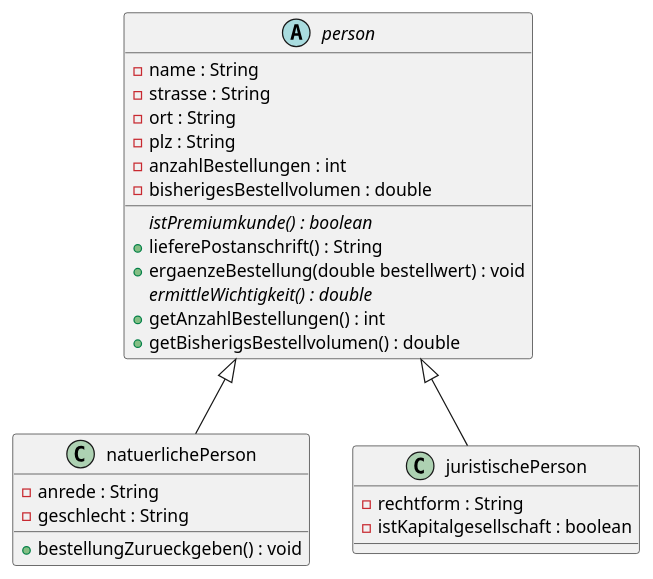
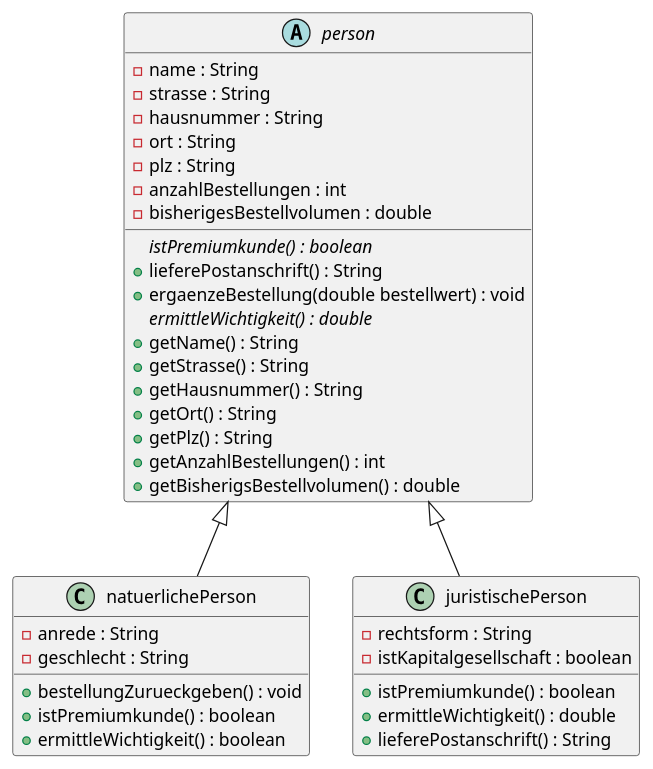
Before and after one commit to gvogelge/kundenverwaltung: the diagram in src/class_diagramm.puml, drawn with PlantUML.

Commit message:
class_diagramm_update

```diff
--- a/src/class_diagramm.puml
+++ b/src/class_diagramm.puml
@@ -1,29 +1,40 @@
 @startuml kundenverwaltungssystem
 
 abstract class person{
     - name : String
     - strasse : String
+    - hausnummer : String
     - ort : String
     - plz : String
     - anzahlBestellungen : int
     - bisherigesBestellvolumen : double
     {abstract} istPremiumkunde() : boolean
     + lieferePostanschrift() : String
     + ergaenzeBestellung(double bestellwert) : void
     {abstract} ermittleWichtigkeit() : double
+    + getName() : String
+    + getStrasse() : String
+    + getHausnummer() : String
+    + getOrt() : String
+    + getPlz() : String
     + getAnzahlBestellungen() : int
     + getBisherigsBestellvolumen() : double
 }
 
 class natuerlichePerson extends person{
     - anrede : String
     - geschlecht : String
     + bestellungZurueckgeben() : void
+    + istPremiumkunde() : boolean
+    + ermittleWichtigkeit() : boolean
 }
 
 class juristischePerson extends person{
-    - rechtform : String
+    - rechtsform : String
     - istKapitalgesellschaft : boolean
+    + istPremiumkunde() : boolean
+    + ermittleWichtigkeit() : double
+    + lieferePostanschrift() : String
 }
 
 @enduml
```
